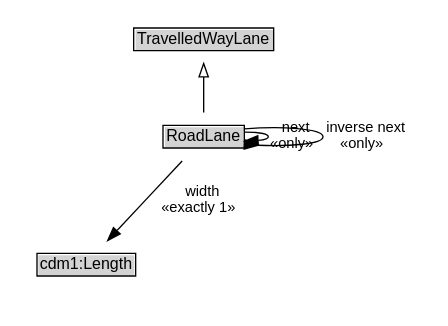
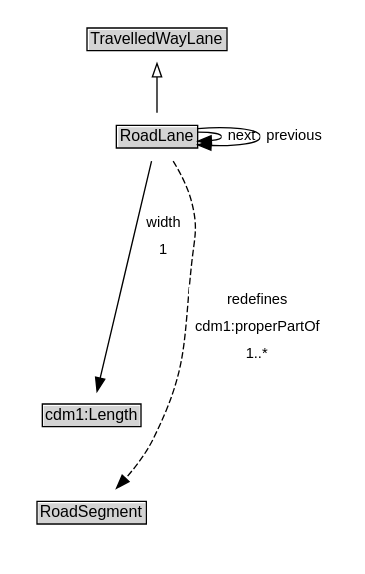
One commit to ISO-TC204/ontology-cdm-p3-v1 changed the diagram in docs/diagrams/RoadLane.dot. Above: the diagram before and after it, drawn with Graphviz. The commit also changed 348 other files, not shown here.

```diff
--- a/docs/diagrams/RoadLane.dot
+++ b/docs/diagrams/RoadLane.dot
@@ -1,26 +1,31 @@
 // Diagram for RoadLane
 digraph {
 	graph [overlap=false rankdir=TB splines=true]
 	node [fontname=Arial fontsize=12 margin=0 shape=none]
 	edge [fontname=Arial fontsize=11]
 	{
+		rank=source
+		TravelledWayLane [label=<<TABLE BORDER="1" CELLBORDER="0" CELLSPACING="0" CELLPADDING="1"><TR><TD BGCOLOR="lightgray" ALIGN="CENTER">TravelledWayLane</TD></TR></TABLE>> URL="../TravelledWayLane" margin=0]
+	}
+	RoadLane [label=<<TABLE BORDER="1" CELLBORDER="0" CELLSPACING="0" CELLPADDING="1"><TR><TD BGCOLOR="lightgray" ALIGN="CENTER">RoadLane</TD></TR></TABLE>> URL="../RoadLane" margin=0]
+	{
 		rank=max
-		RoadLane [label=<<TABLE BORDER="1" CELLBORDER="0" CELLSPACING="0" CELLPADDING="1"><TR><TD BGCOLOR="lightgray" ALIGN="CENTER" PORT="e">RoadLane</TD></TR></TABLE>> URL="../RoadLane.md" margin=0]
 	}
 	subgraph cluster_associated {
 		label="" style=invis
 		Invis [label=<<TABLE BORDER="0" CELLBORDER="0" CELLSPACING="0" CELLPADDING="1"><TR><TD></TD></TR></TABLE>> margin=0 style=invis]
-		cdm1_Length [label=<<TABLE BORDER="1" CELLBORDER="0" CELLSPACING="0" CELLPADDING="1"><TR><TD BGCOLOR="lightgray" ALIGN="CENTER">cdm1:Length</TD></TR></TABLE>> margin=0]
+		cdm1_Length [label=<<TABLE BORDER="1" CELLBORDER="0" CELLSPACING="0" CELLPADDING="1"><TR><TD BGCOLOR="lightgray" ALIGN="CENTER">cdm1:Length</TD></TR></TABLE>> URL="https://w3id.org/citydata/part1/v1/Length" margin=0]
+		RoadSegment [label=<<TABLE BORDER="1" CELLBORDER="0" CELLSPACING="0" CELLPADDING="1"><TR><TD BGCOLOR="lightgray" ALIGN="CENTER">RoadSegment</TD></TR></TABLE>> URL="../RoadSegment" margin=0]
 	}
-	TravelledWayLane [label=<<TABLE BORDER="1" CELLBORDER="0" CELLSPACING="0" CELLPADDING="1"><TR><TD BGCOLOR="lightgray" ALIGN="CENTER">TravelledWayLane</TD></TR></TABLE>> URL="../TravelledWayLane.md" margin=0]
 	RoadLane -> TravelledWayLane [arrowhead=onormal style=solid]
 	RoadLane -> Invis [style=invis]
 	Invis -> cdm1_Length [style=invis]
-	RoadLane [label=<<TABLE BORDER="1" CELLBORDER="0" CELLSPACING="0" CELLPADDING="1"><TR><TD BGCOLOR="lightgray" ALIGN="CENTER">RoadLane</TD></TR></TABLE>> URL="../RoadLane.md" margin=0]
-	RoadLane -> RoadLane [label=" next 
- «only»  " arrowhead=normal style=solid]
-	RoadLane -> RoadLane [label=" inverse next 
- «only»  " arrowhead=inv style=solid]
-	RoadLane -> cdm1_Length [label=" width 
- «exactly 1»  " arrowhead=normal style=solid]
+	cdm1_Length -> RoadSegment [style=invis]
+	RoadSegment [label=<<TABLE BORDER="1" CELLBORDER="0" CELLSPACING="0" CELLPADDING="1"><TR><TD BGCOLOR="lightgray" ALIGN="CENTER">RoadSegment</TD></TR></TABLE>> URL="../RoadSegment" margin=0]
+	RoadLane -> RoadSegment [label=<<TABLE BORDER="0" CELLBORDER="0" CELLSPACING="0" CELLPADDING="4" BGCOLOR="white"><TR><TD ALIGN="CENTER">redefines</TD></TR><TR><TD ALIGN="CENTER">cdm1:properPartOf</TD></TR><TR><TD ALIGN="CENTER">1..*</TD></TR></TABLE>> arrowhead=normal style=dashed]
+	cdm1_Length [label=<<TABLE BORDER="1" CELLBORDER="0" CELLSPACING="0" CELLPADDING="1"><TR><TD BGCOLOR="lightgray" ALIGN="CENTER">cdm1:Length</TD></TR></TABLE>> URL="https://w3id.org/citydata/part1/v1/Length" margin=0]
+	RoadLane -> cdm1_Length [label=<<TABLE BORDER="0" CELLBORDER="0" CELLSPACING="0" CELLPADDING="4" BGCOLOR="white"><TR><TD ALIGN="CENTER">width</TD></TR><TR><TD ALIGN="CENTER">1</TD></TR></TABLE>> arrowhead=normal style=solid]
+	RoadLane [label=<<TABLE BORDER="1" CELLBORDER="0" CELLSPACING="0" CELLPADDING="1"><TR><TD BGCOLOR="lightgray" ALIGN="CENTER">RoadLane</TD></TR></TABLE>> URL="../RoadLane" margin=0]
+	RoadLane -> RoadLane [label=<<TABLE BORDER="0" CELLBORDER="0" CELLSPACING="0" CELLPADDING="4" BGCOLOR="white"><TR><TD ALIGN="CENTER">next</TD></TR></TABLE>> arrowhead=normal style=solid]
+	RoadLane -> RoadLane [label=<<TABLE BORDER="0" CELLBORDER="0" CELLSPACING="0" CELLPADDING="4" BGCOLOR="white"><TR><TD ALIGN="CENTER">previous</TD></TR></TABLE>> arrowhead=normal style=solid]
 }
```
